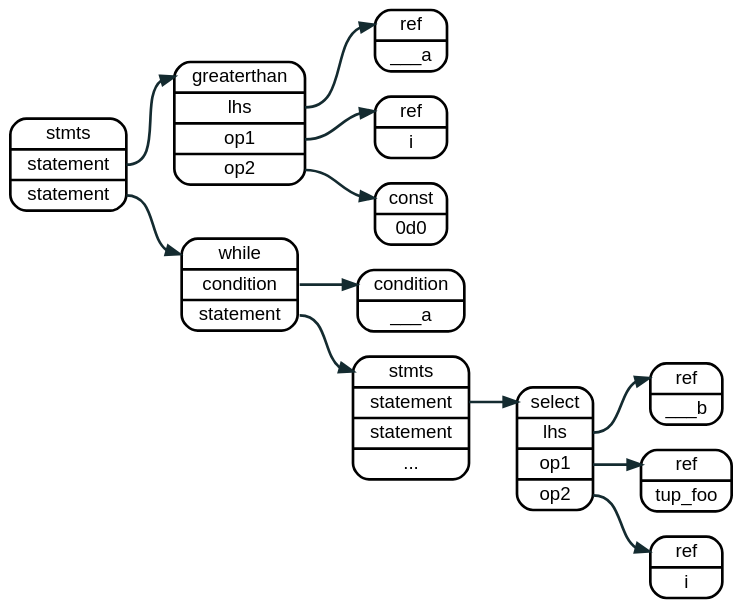
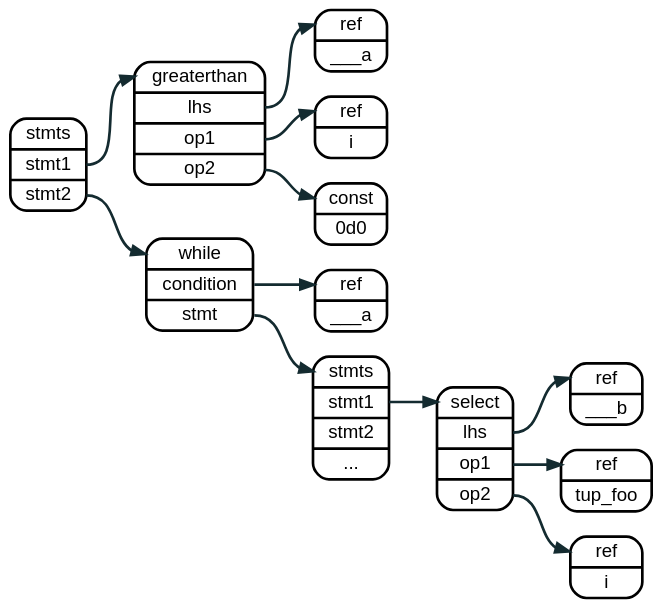
Before and after one commit to sakshi15108/lnast-doc: the diagram in source/graphviz/while.dot, drawn with Graphviz. The commit also changed 29 other files, not shown here.

```diff
--- a/source/graphviz/while.dot
+++ b/source/graphviz/while.dot
@@ -1,41 +1,40 @@
 digraph assign {
   rankdir=LR
   bgcolor="transparent"
 
   node  [fontname = "helvetica", shape=record, style="rounded", penwidth = 2];
   edge  [fontname = "helvetica", color="#142b30", arrowhead="normal", penwidth = 2];
   graph [fontname = "helvetica"];
 
-  node0 [label = "<a> stmts | <s1> statement | <s2> statement "];
-  node1 [label = "<a> while | <cond1> condition | <s1> statement"];
+  node0 [label = "<a> stmts | <s1> stmt1 | <s2> stmt2 "];
+  node1 [label = "<a> while | <cond1> condition | <s1> stmt"];
 
   node2 [label = "<a> greaterthan | <l> lhs | <r1> op1 | <r2> op2 "];
   node3 [label = "<a> ref   | <l> ___a"];
   node4 [label = "<a> ref   | <l> i"];
   node5 [label = "<a> const | <l> 0d0"];
 
-  node6 [label = "<a> condition | <l> ___a"];
+  node6 [label = "<a> ref | <l> ___a"];
 
-  node7 [label = "<a> stmts | <s1> statement | <s2> statement | <s3> ..."];
+  node7 [label = "<a> stmts | <s1> stmt1 | <s2> stmt2 | <s3> ..."];
   node8 [label = "<a> select| <l> lhs  | <r1> op1 | <r2> op2 "];
   node9 [label = "<a> ref   | <l> ___b"];
   nodea [label = "<a> ref   | <l> tup_foo"];
   nodeb [label = "<a> ref   | <l> i"];
 
-
   node0:s1    -> node2:a;
   node0:s2    -> node1:a;
   node1:cond1 -> node6:a;
   node1:s1    -> node7:a;
-  
+
   node2:l  -> node3:a;
   node2:r1 -> node4:a;
   node2:r2 -> node5:a;
 
   node7:s1 -> node8:a;
 
   node8:l  -> node9:a;
   node8:r1 -> nodea:a;
   node8:r2 -> nodeb:a;
 
 }
```
